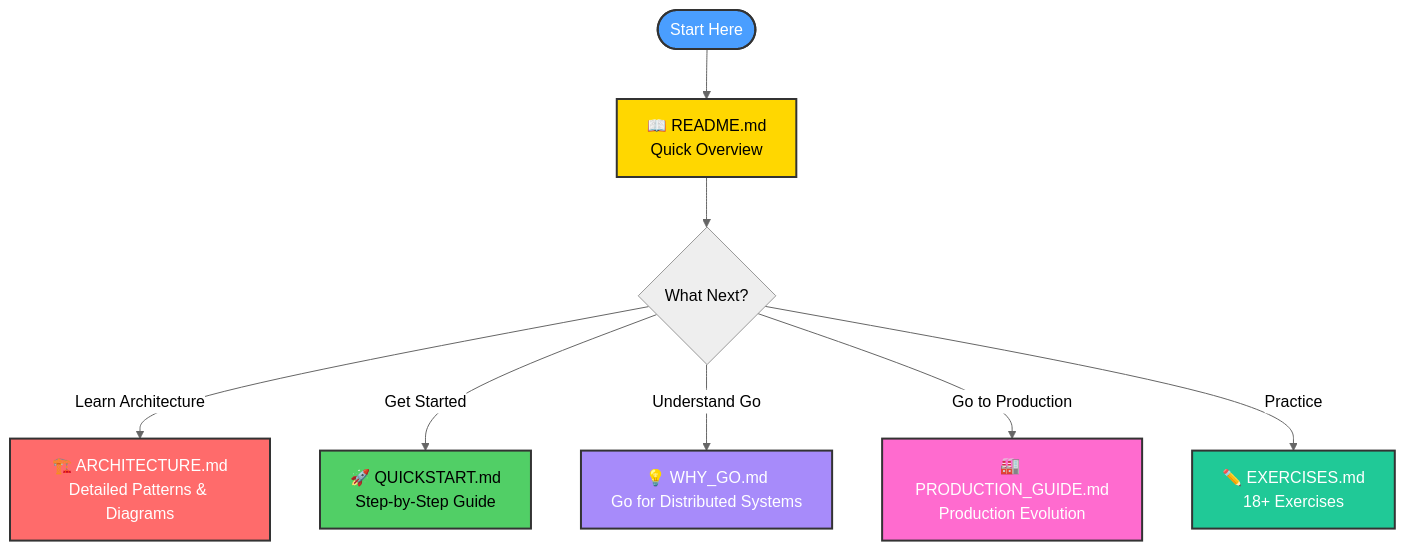
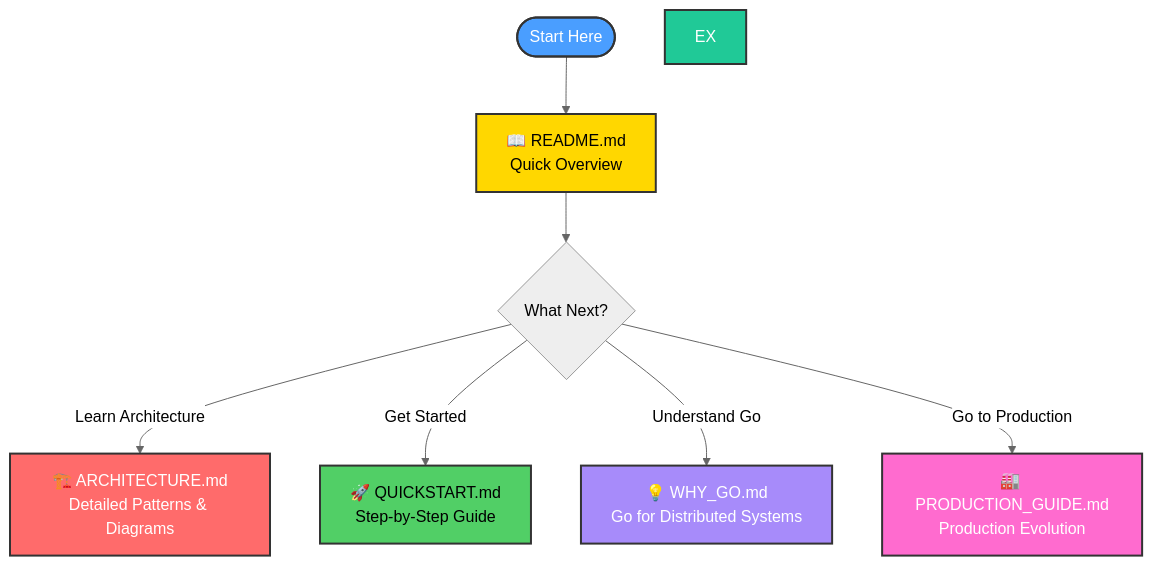
The sixth of 6 diagrams in Level_3/Semester_1/Distributed_Systems/Project/System_Architecture_in_Distributed_Systems/README.md (elewashy/Tanta-University), drawn with Mermaid (neutral theme) before and after one commit. The commit also changed other lines of this file, not shown here.

````diff
--- a/Level_3/Semester_1/Distributed_Systems/Project/System_Architecture_in_Distributed_Systems/README.md
+++ b/Level_3/Semester_1/Distributed_Systems/Project/System_Architecture_in_Distributed_Systems/README.md
@@ -253,20 +253,19 @@
 ```mermaid
 graph TB
     Start([Start Here]) --> README[📖 README.md<br/>Quick Overview]
     
     README --> Choice{What Next?}
     
     Choice -->|Learn Architecture| ARCH[🏗️ ARCHITECTURE.md<br/>Detailed Patterns & Diagrams]
     Choice -->|Get Started| QUICK[🚀 QUICKSTART.md<br/>Step-by-Step Guide]
     Choice -->|Understand Go| WHY[💡 WHY_GO.md<br/>Go for Distributed Systems]
     Choice -->|Go to Production| PROD[🏭 PRODUCTION_GUIDE.md<br/>Production Evolution]
-    Choice -->|Practice| EX[✏️ EXERCISES.md<br/>18+ Exercises]
     
     style Start fill:#4a9eff,stroke:#333,stroke-width:2px,color:#fff
     style README fill:#ffd700,stroke:#333,stroke-width:2px,color:#000
     style ARCH fill:#ff6b6b,stroke:#333,stroke-width:2px,color:#fff
     style QUICK fill:#51cf66,stroke:#333,stroke-width:2px,color:#000
     style WHY fill:#a78bfa,stroke:#333,stroke-width:2px,color:#fff
     style PROD fill:#ff6bcf,stroke:#333,stroke-width:2px,color:#fff
     style EX fill:#20c997,stroke:#333,stroke-width:2px,color:#fff
 ```
````
